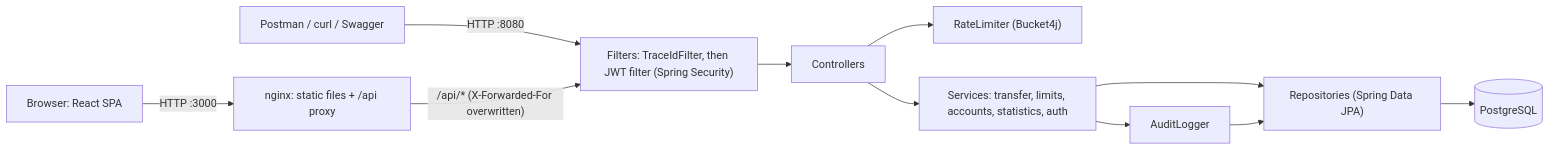
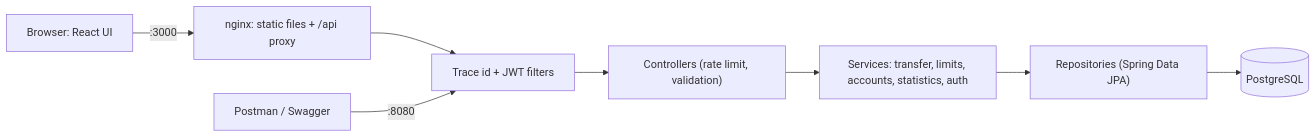
Before and after one commit to ecemkuloglu/SwiftPay: the diagram in README.md, drawn with Mermaid. The commit also changed other lines of this file, not shown here.

````diff
--- a/README.md
+++ b/README.md
@@ -106,13 +57,10 @@
 ```mermaid
 flowchart LR
-  B["Browser: React SPA"] -->|"HTTP :3000"| N["nginx: static files + /api proxy"]
-  P["Postman / curl / Swagger"] -->|"HTTP :8080"| F
-  N -->|"/api/* (X-Forwarded-For overwritten)"| F["Filters: TraceIdFilter, then JWT filter (Spring Security)"]
-  F --> C["Controllers"]
-  C --> RL["RateLimiter (Bucket4j)"]
+  B["Browser: React UI"] -->|":3000"| N["nginx: static files + /api proxy"]
+  N --> F["Trace id + JWT filters"]
+  P["Postman / Swagger"] -->|":8080"| F
+  F --> C["Controllers (rate limit, validation)"]
   C --> S["Services: transfer, limits, accounts, statistics, auth"]
-  S --> A["AuditLogger"]
   S --> R["Repositories (Spring Data JPA)"]
-  A --> R
   R --> DB[("PostgreSQL")]
 ```
````
